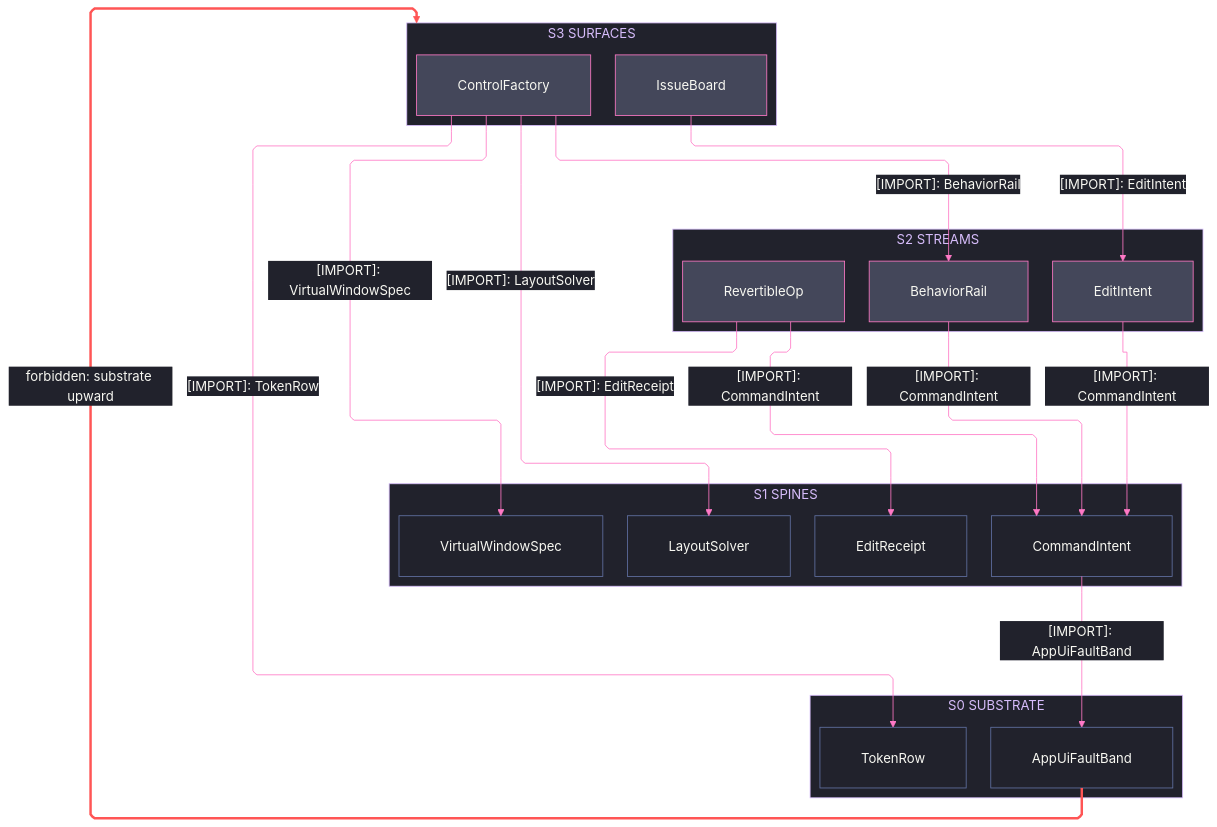
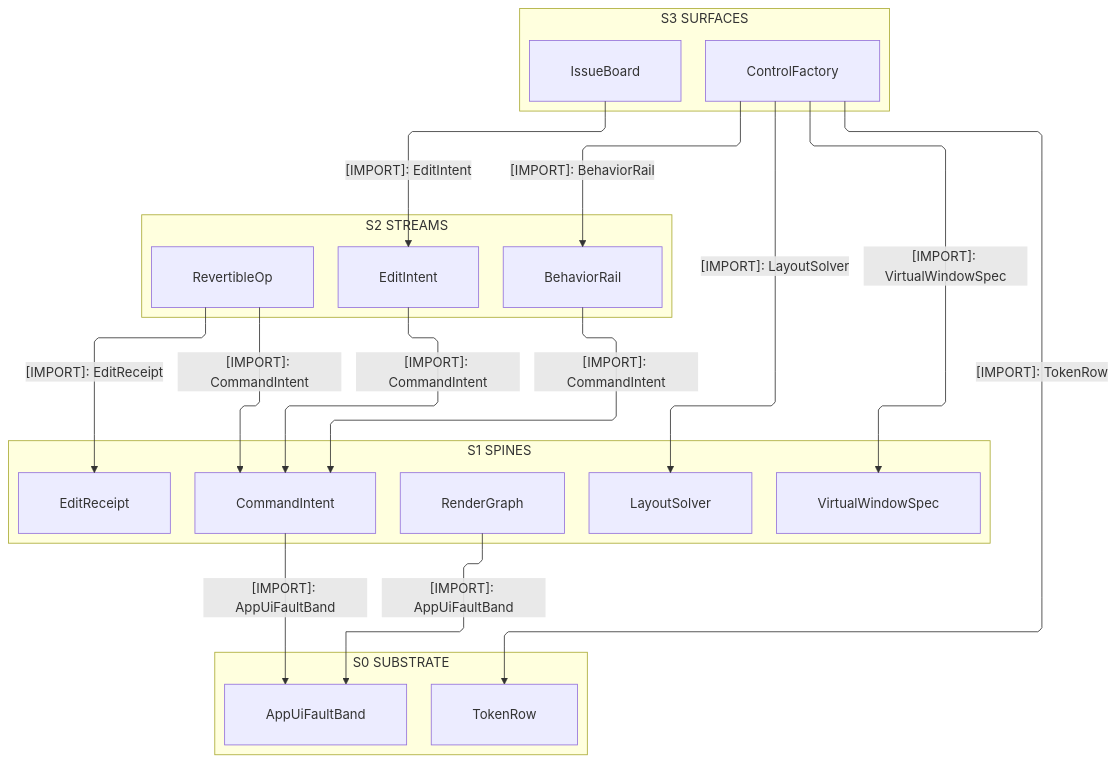
Before and after one commit to bsamiee/Rasm: the first of 3 diagrams in libs/csharp/Rasm.AppUi/ARCHITECTURE.md, drawn with Mermaid. The commit also changed other lines of this file and 460 other files, not shown here.

````diff
--- a/libs/csharp/Rasm.AppUi/ARCHITECTURE.md
+++ b/libs/csharp/Rasm.AppUi/ARCHITECTURE.md
@@ -73,69 +73,43 @@
 ```mermaid
 ---
 config:
-  theme: base
-  look: classic
   layout: elk
   flowchart:
     curve: linear
     padding: 25
-  themeVariables:
-    darkMode: true
-    fontFamily: "SF Mono, Menlo, Cascadia Mono, Segoe UI Mono, Consolas, monospace"
-    useGradient: false
-    dropShadow: "none"
-    background: "#282A36"
-    primaryColor: "#44475A"
-    primaryTextColor: "#F8F8F2"
-    primaryBorderColor: "#BD93F9"
-    lineColor: "#FF79C6"
-    textColor: "#F8F8F2"
-    clusterBkg: "#21222C"
-    clusterBorder: "#D6BCFA"
-    edgeLabelBackground: "#21222C"
-    labelBackgroundColor: "#21222C"
-    titleColor: "#D6BCFA"
-  themeCSS: ".nodeLabel{font-size:13px;font-weight:500}.edgeLabel{font-size:12px;font-weight:500}.cluster-label .nodeLabel{font-size:13.5px;font-weight:700;letter-spacing:.08em}.edge-thickness-normal{stroke-width:2px}.edge-thickness-thick{stroke-width:3px}.edge-pattern-dashed,.edge-pattern-dotted{stroke-width:1.5px;stroke-dasharray:4 6}.node rect,.node circle,.node polygon,.node path,.node .outer-path{stroke-width:1.5px;filter:none!important}.cluster rect{stroke-width:1px!important;stroke-dasharray:5 4!important;filter:none!important}.marker path{transform:scale(.8);transform-origin:5px 5px}.marker circle{transform:scale(.48);transform-origin:5px 5px}.edgeLabel rect{transform-box:fill-box;transform-origin:center;transform:scale(1.1,1.2)}"
 ---
 flowchart TB
     accTitle: Rasm.AppUi interior strata
-    accDescr: Four member-resolved strata from the control and issue surfaces through the binding, intent, and revert streams and the one-owner spines onto the fault-band and theme substrate, every consumption edge downward and solid naming one sourced type, and one forbidden upward edge styled red.
+    accDescr: Four member-resolved strata from the control and issue surfaces through the binding, intent, and revert streams and the one-owner spines onto the fault-band and theme substrate, every consumption edge downward and naming one sourced type.
     subgraph L3["S3 SURFACES"]
         Factory[ControlFactory]
         Board[IssueBoard]
     end
     subgraph L2["S2 STREAMS"]
         Rail[BehaviorRail]
         Intent[EditIntent]
         Revert[RevertibleOp]
     end
     subgraph L1["S1 SPINES"]
         Command[CommandIntent]
         Virtual[VirtualWindowSpec]
         Solver[LayoutSolver]
         Inspect[EditReceipt]
+        Graph[RenderGraph]
     end
     subgraph L0["S0 SUBSTRATE"]
         Fault[AppUiFaultBand]
         Token[TokenRow]
     end
-    Factory e1@-->|"[IMPORT]: VirtualWindowSpec"| Virtual
-    Factory e2@-->|"[IMPORT]: LayoutSolver"| Solver
-    Factory e3@-->|"[IMPORT]: BehaviorRail"| Rail
-    Factory e4@-->|"[IMPORT]: TokenRow"| Token
-    Board e5@-->|"[IMPORT]: EditIntent"| Intent
-    Rail e6@-->|"[IMPORT]: CommandIntent"| Command
-    Revert e7@-->|"[IMPORT]: CommandIntent"| Command
-    Revert e8@-->|"[IMPORT]: EditReceipt"| Inspect
-    Intent e9@-->|"[IMPORT]: CommandIntent"| Command
-    Command e10@-->|"[IMPORT]: AppUiFaultBand"| Fault
-    Fault f1@-->|"forbidden: substrate upward"| L3
-    classDef primary fill:#44475A,stroke:#FF79C6,color:#F8F8F2
-    classDef recessed fill:#21222C,stroke:#6272A4,color:#F8F8F2
-    classDef edgeControl stroke:#FF79C6,color:#F8F8F2
-    classDef edgeError stroke:#FF5555,stroke-width:3px,color:#F8F8F2
-    class Factory,Board,Rail,Intent,Revert primary
-    class Command,Virtual,Solver,Inspect,Fault,Token recessed
-    class e1,e2,e3,e4,e5,e6,e7,e8,e9,e10 edgeControl
-    class f1 edgeError
+    Factory -->|"[IMPORT]: VirtualWindowSpec"| Virtual
+    Factory -->|"[IMPORT]: LayoutSolver"| Solver
+    Factory -->|"[IMPORT]: BehaviorRail"| Rail
+    Factory -->|"[IMPORT]: TokenRow"| Token
+    Board -->|"[IMPORT]: EditIntent"| Intent
+    Rail -->|"[IMPORT]: CommandIntent"| Command
+    Revert -->|"[IMPORT]: CommandIntent"| Command
+    Revert -->|"[IMPORT]: EditReceipt"| Inspect
+    Intent -->|"[IMPORT]: CommandIntent"| Command
+    Command -->|"[IMPORT]: AppUiFaultBand"| Fault
+    Graph -->|"[IMPORT]: AppUiFaultBand"| Fault
 ```
````
